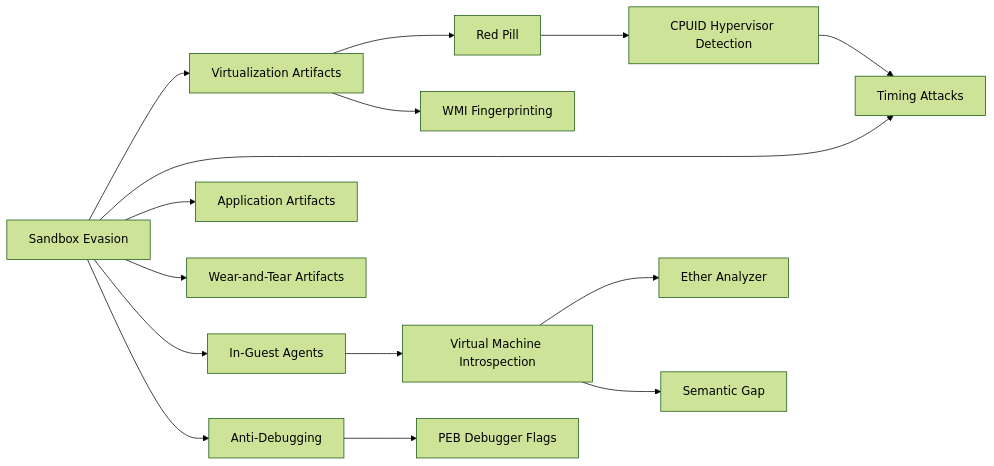
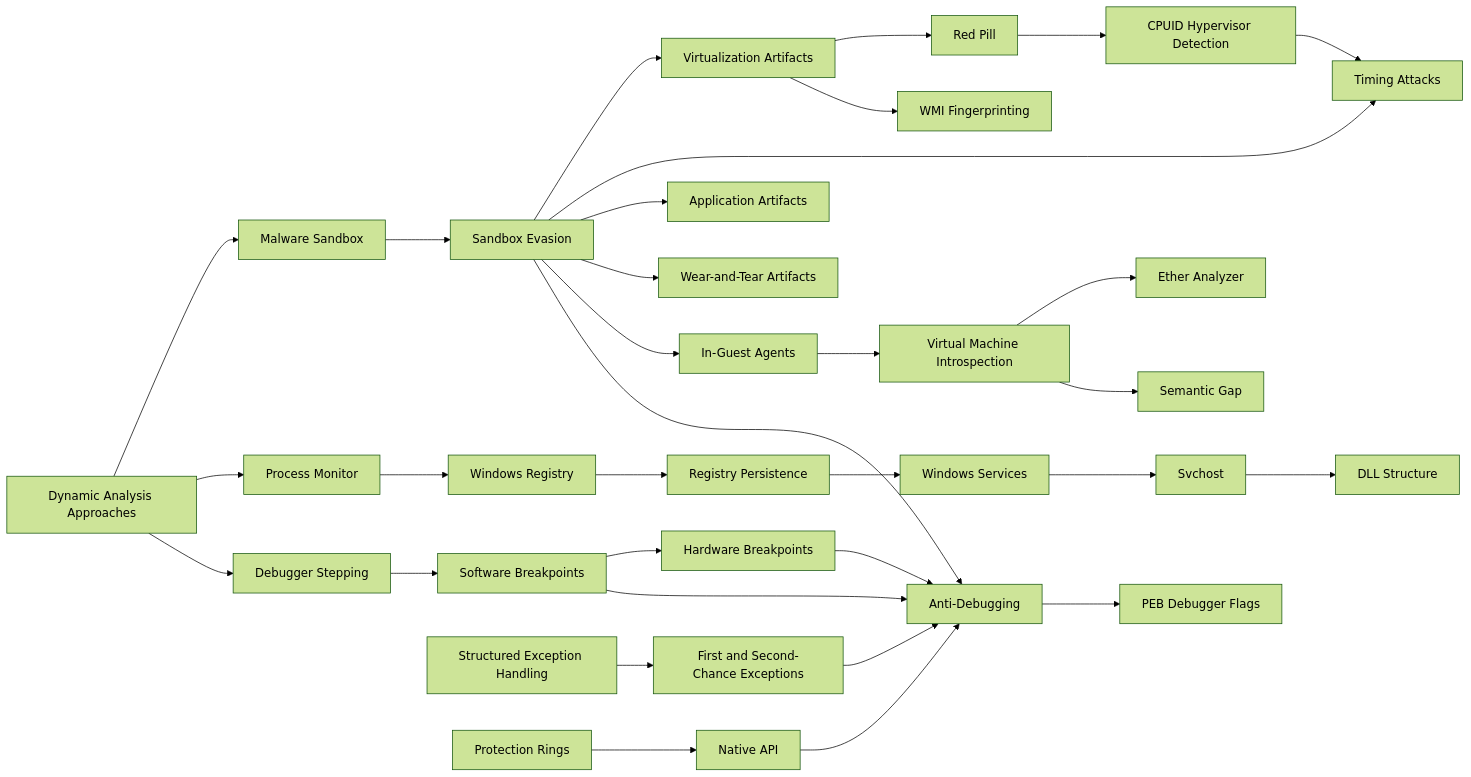
One commit to Armidon1/Obsidian-University changed the diagram in University/Magistrale/Malware Analysis/Concetti/MOC - Malware Analysis.md. Above: the diagram before and after it, drawn with Mermaid (forest theme). The commit also changed other lines of this file and 93 other files, not shown here.

Commit message:
update: appunti Malware Analysis (lezioni 4, 6, 7, concetti e MOC)

````diff
--- a/University/Magistrale/Malware Analysis/Concetti/MOC - Malware Analysis.md
+++ b/University/Magistrale/Malware Analysis/Concetti/MOC - Malware Analysis.md
@@ -40,17 +64,34 @@
 ```mermaid
 flowchart LR
     SE[Sandbox Evasion] --> VA[Virtualization Artifacts]
     SE --> TA[Timing Attacks]
     SE --> AA[Application Artifacts]
     SE --> WT[Wear-and-Tear Artifacts]
     VA --> RP[Red Pill]
     RP --> CP[CPUID Hypervisor Detection]
     CP --> TA
     VA --> WMI[WMI Fingerprinting]
     SE --> IGA[In-Guest Agents]
     IGA --> VMI[Virtual Machine Introspection]
     VMI --> ETH[Ether Analyzer]
     VMI --> SG[Semantic Gap]
     SE --> AD[Anti-Debugging]
     AD --> PEB[PEB Debugger Flags]
+    DA[Dynamic Analysis Approaches] --> SB[Malware Sandbox]
+    SB --> SE
+    DA --> PM[Process Monitor]
+    PM --> WR[Windows Registry]
+    WR --> RP2[Registry Persistence]
+    RP2 --> WS[Windows Services]
+    WS --> SV[Svchost]
+    SV --> DLL[DLL Structure]
+    DA --> DS[Debugger Stepping]
+    DS --> SWB[Software Breakpoints]
+    SWB --> HWB[Hardware Breakpoints]
+    SWB --> AD
+    HWB --> AD
+    FSE[First and Second-Chance Exceptions] --> AD
+    SEH[Structured Exception Handling] --> FSE
+    NA[Native API] --> AD
+    PR[Protection Rings] --> NA
 ```
````
